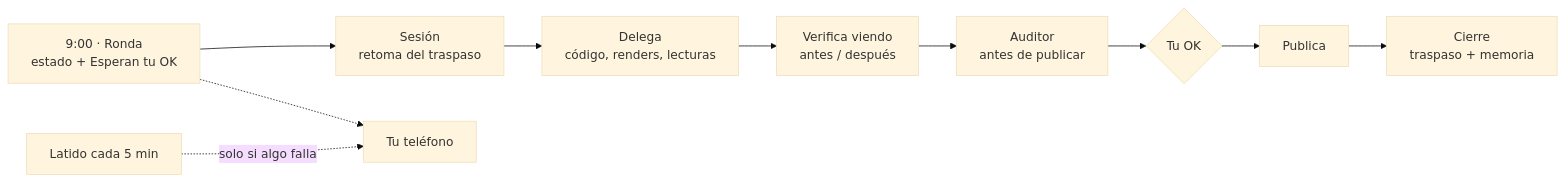
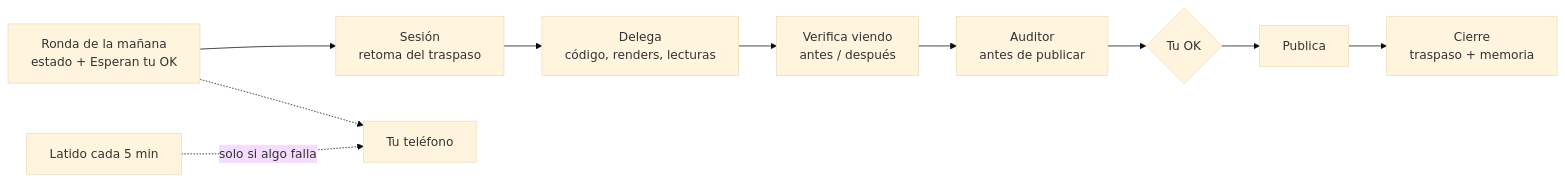
Before and after one commit to botellosantiago-bot/jarvis-ia: the diagram in README.md, drawn with Mermaid (base theme). The commit also changed other lines of this file and 4 other files, not shown here.

````diff
--- a/README.md
+++ b/README.md
@@ -13,12 +13,12 @@
 ```mermaid
 flowchart LR
-    M[9:00 · Ronda<br/>estado + Esperan tu OK] --> S[Sesión<br/>retoma del traspaso]
+    M[Ronda de la mañana<br/>estado + Esperan tu OK] --> S[Sesión<br/>retoma del traspaso]
     S --> D[Delega<br/>código, renders, lecturas]
     D --> V[Verifica viendo<br/>antes / después]
     V --> A[Auditor<br/>antes de publicar]
     A --> OK{Tu OK}
     OK --> P[Publica]
     P --> T[Cierre<br/>traspaso + memoria]
     L[Latido cada 5 min] -.solo si algo falla.-> Tel[Tu teléfono]
     M -.-> Tel
 ```
````
